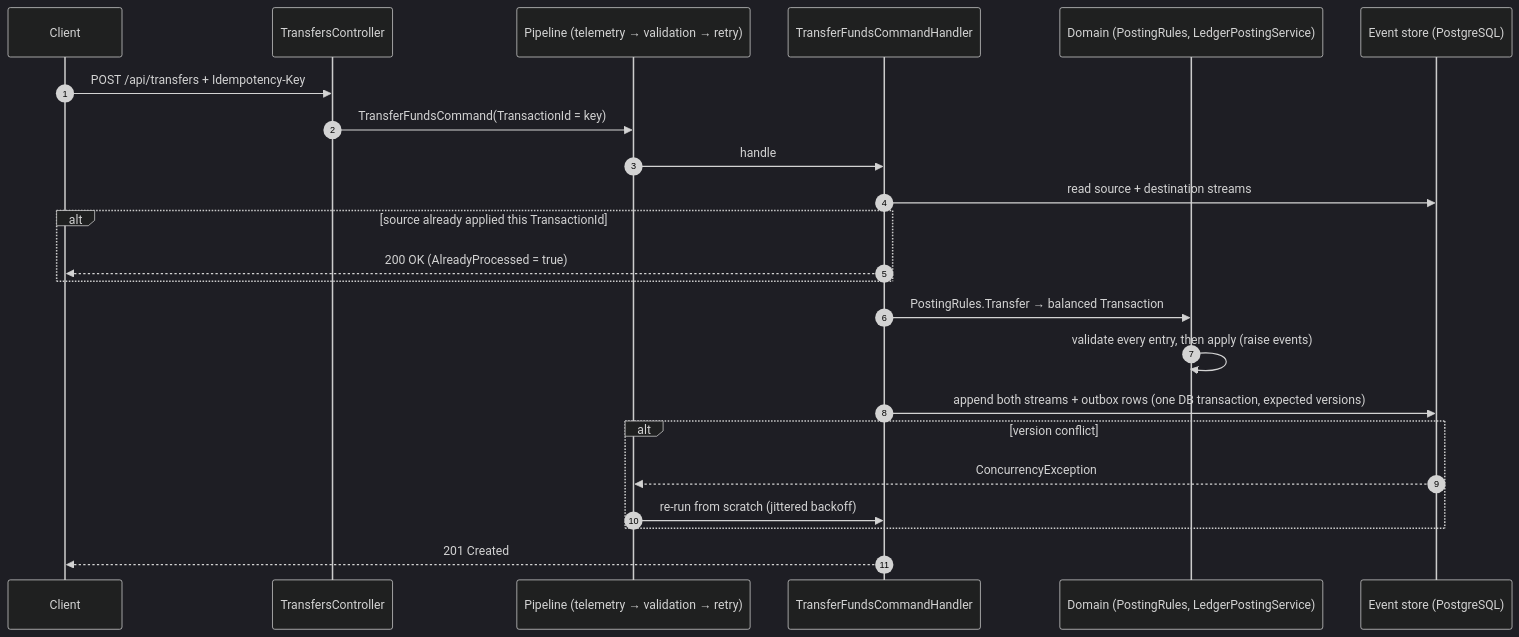
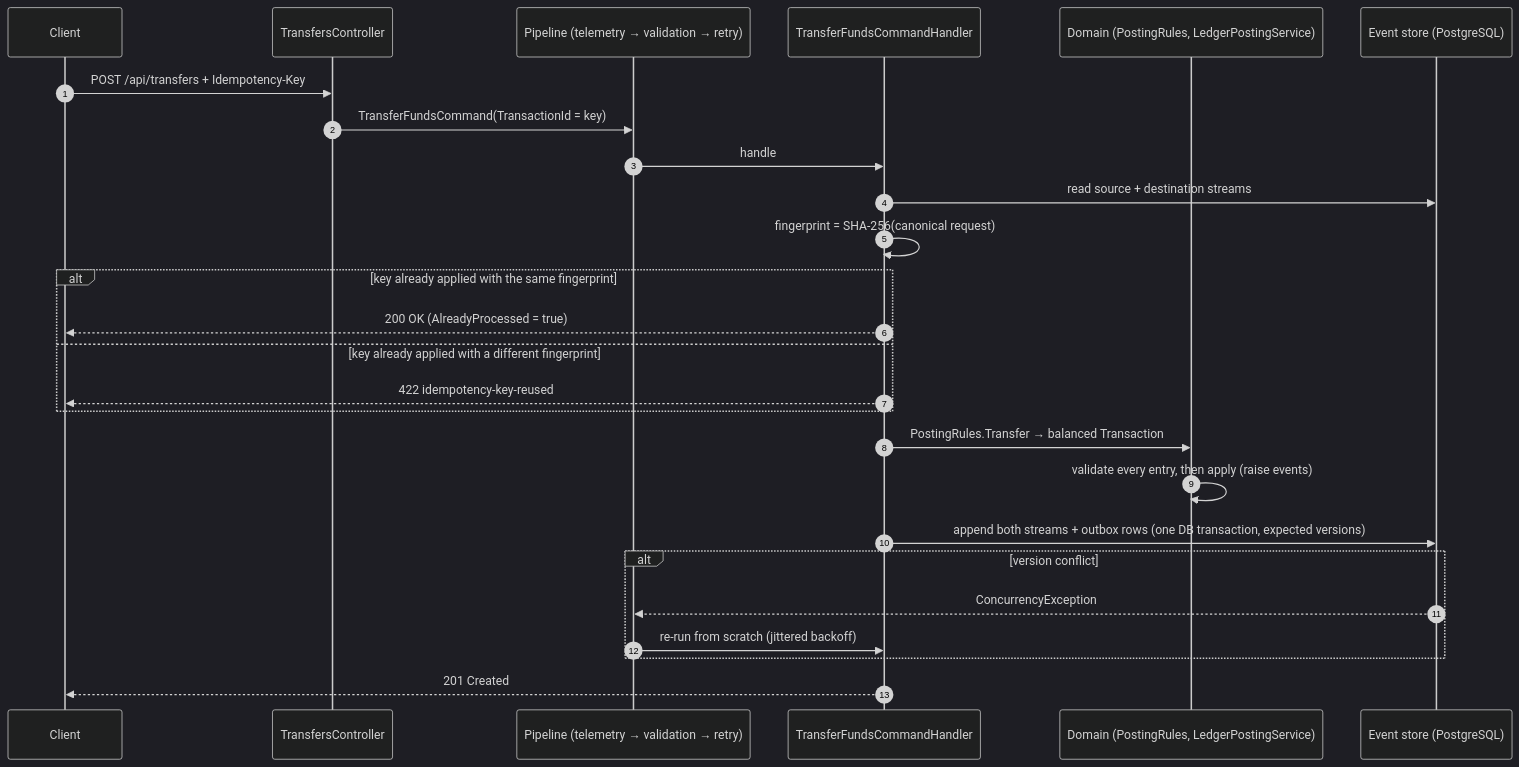
One commit to blayner/PaymentLedger changed the second of 2 diagrams in README.md. Above: the diagram before and after it, drawn with Mermaid (dark theme). The commit also changed other lines of this file and 18 other files, not shown here.

Commit message:
fix: reject idempotency key reuse with a different payload

````diff
--- a/README.md
+++ b/README.md
@@ -91,26 +91,29 @@
 ```mermaid
 sequenceDiagram
     autonumber
     participant C as Client
     participant API as TransfersController
     participant P as Pipeline (telemetry → validation → retry)
     participant H as TransferFundsCommandHandler
     participant D as Domain (PostingRules, LedgerPostingService)
     participant ES as Event store (PostgreSQL)
 
     C->>API: POST /api/transfers + Idempotency-Key
     API->>P: TransferFundsCommand(TransactionId = key)
     P->>H: handle
     H->>ES: read source + destination streams
-    alt source already applied this TransactionId
+    H->>H: fingerprint = SHA-256(canonical request)
+    alt key already applied with the same fingerprint
         H-->>C: 200 OK (AlreadyProcessed = true)
+    else key already applied with a different fingerprint
+        H-->>C: 422 idempotency-key-reused
     end
     H->>D: PostingRules.Transfer → balanced Transaction
     D->>D: validate every entry, then apply (raise events)
     H->>ES: append both streams + outbox rows (one DB transaction, expected versions)
     alt version conflict
         ES-->>P: ConcurrencyException
         P->>H: re-run from scratch (jittered backoff)
     end
     H-->>C: 201 Created
 ```
````
